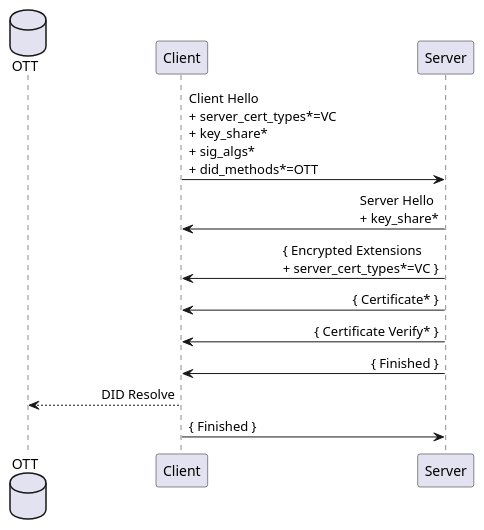
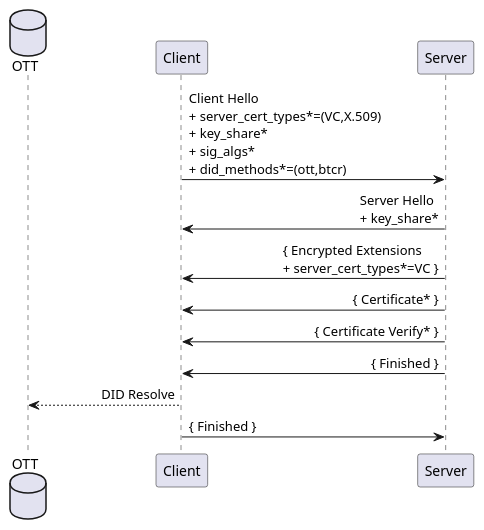
The second of 5 diagrams in draft-vesco-vcauthtls.md (thomas-fossati/draft-vesco-vcauthtls), drawn with PlantUML before and after one commit. The commit also changed other lines of this file, not shown here.

```diff
--- a/draft-vesco-vcauthtls.md
+++ b/draft-vesco-vcauthtls.md
@@ -213,19 +210,19 @@
 ~~~plantuml
 @startuml
 skinparam sequenceMessageAlign direction
 skinparam ParticipantPadding 100
 
 database OTT order 1
 participant Client order 2
 participant Server order 3
 
-Client -> Server : Client Hello \n+ server_cert_types*=VC \n+ key_share* \n+ sig_algs* \n+ did_methods*=OTT
+Client -> Server : Client Hello \n+ server_cert_types*=(VC,X.509) \n+ key_share* \n+ sig_algs* \n+ did_methods*=(ott,btcr)
 Server -> Client : Server Hello \n+ key_share*
 Server -> Client : { Encrypted Extensions \n+ server_cert_types*=VC }
 Server -> Client : { Certificate* }
 Server -> Client : { Certificate Verify* }
 Server -> Client : { Finished }
 Client --> OTT : DID Resolve
 Client -> Server : { Finished }
 @enduml
 ~~~
```
